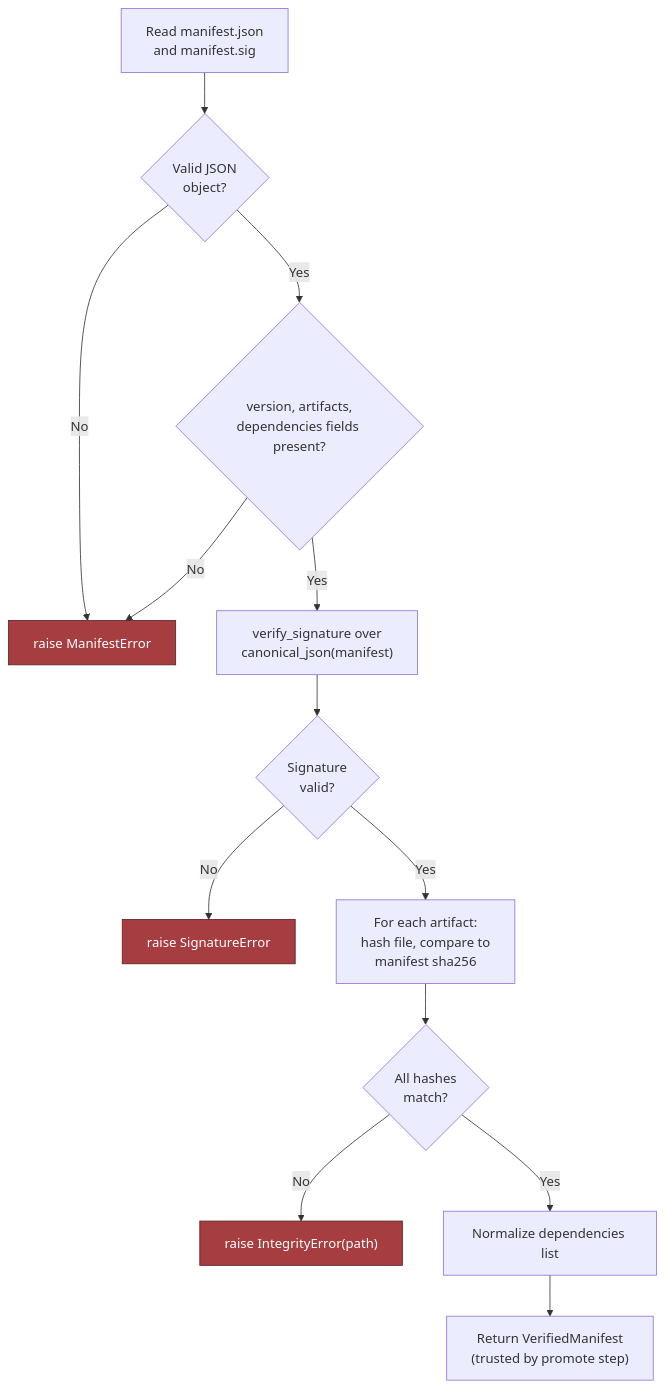
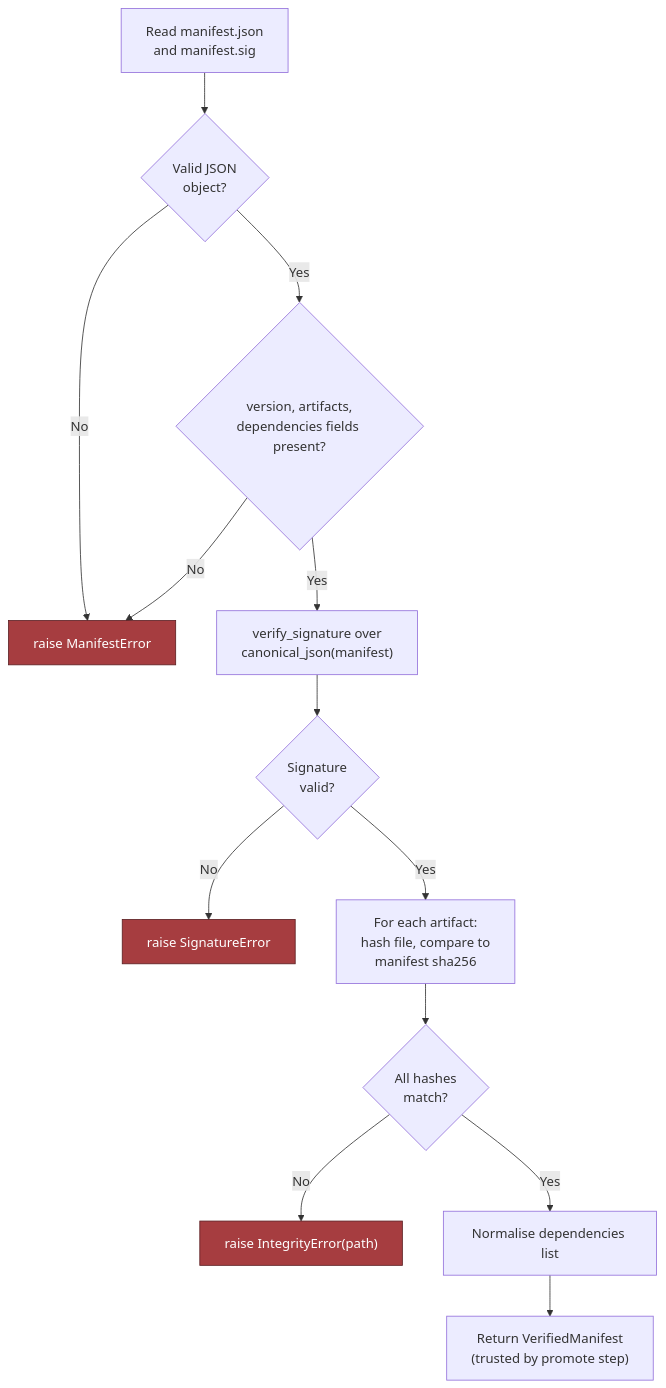
Before and after one commit to Sourav692/Forward-Deployed-Engineer-Interview-Prep: the diagram in 02_System_Design_Case_Studies/Standalone_Designs/19_Air_Gapped_AI_System/3_Tutorial/19_Tutorial_Part_4.md, drawn with Mermaid. The commit also changed 191 other files, not shown here.

First line of the commit message:
content: British spellings inside diagrams (AF-06)

````diff
--- a/02_System_Design_Case_Studies/Standalone_Designs/19_Air_Gapped_AI_System/3_Tutorial/19_Tutorial_Part_4.md
+++ b/02_System_Design_Case_Studies/Standalone_Designs/19_Air_Gapped_AI_System/3_Tutorial/19_Tutorial_Part_4.md
@@ -161,19 +161,19 @@
 ```mermaid
 flowchart TD
     A["Read manifest.json<br/>and manifest.sig"] --> B{"Valid JSON<br/>object?"}
     B -->|No| F1["raise ManifestError"]
     B -->|Yes| C{"version, artifacts,<br/>dependencies fields present?"}
     C -->|No| F1
     C -->|Yes| D["verify_signature over<br/>canonical_json(manifest)"]
     D --> E{"Signature<br/>valid?"}
     E -->|No| F2["raise SignatureError"]
     E -->|Yes| G["For each artifact:<br/>hash file, compare to<br/>manifest sha256"]
     G --> H{"All hashes<br/>match?"}
     H -->|No| F3["raise IntegrityError(path)"]
-    H -->|Yes| I["Normalize dependencies list"]
+    H -->|Yes| I["Normalise dependencies list"]
     I --> J["Return VerifiedManifest<br/>(trusted by promote step)"]
 
     style F1 fill:#a63d40,stroke:#5c1f22,color:#fff
     style F2 fill:#a63d40,stroke:#5c1f22,color:#fff
     style F3 fill:#a63d40,stroke:#5c1f22,color:#fff
 ```
````
